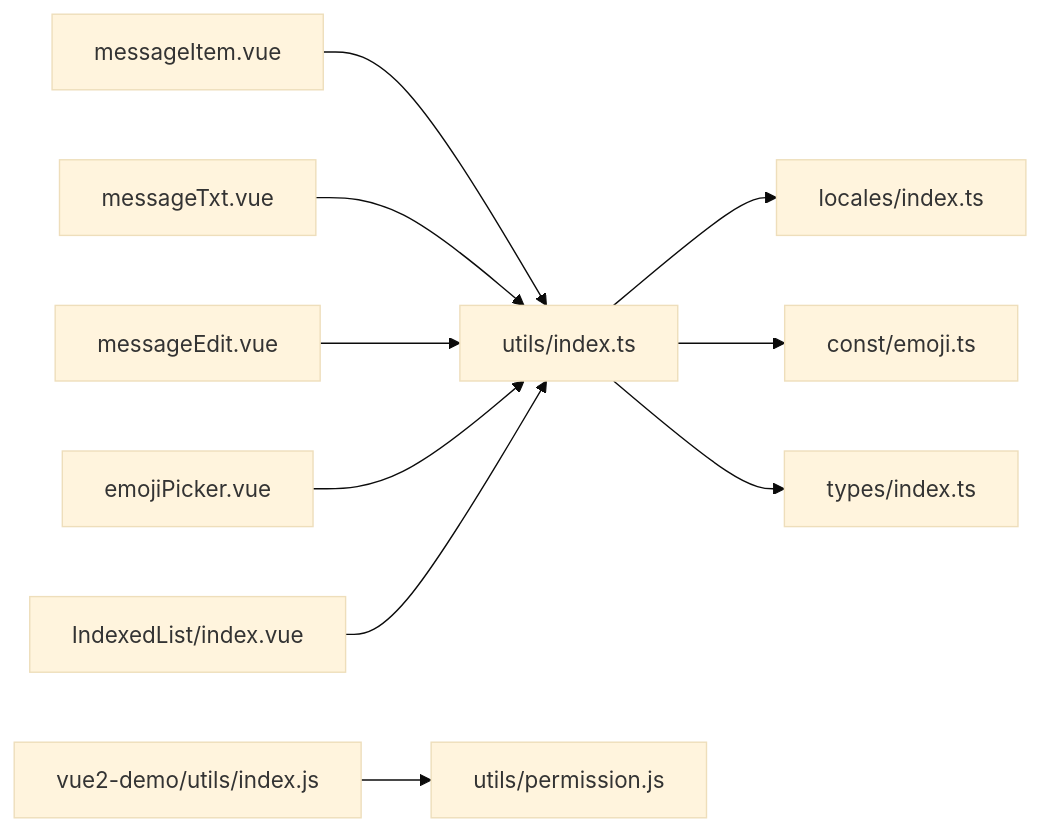
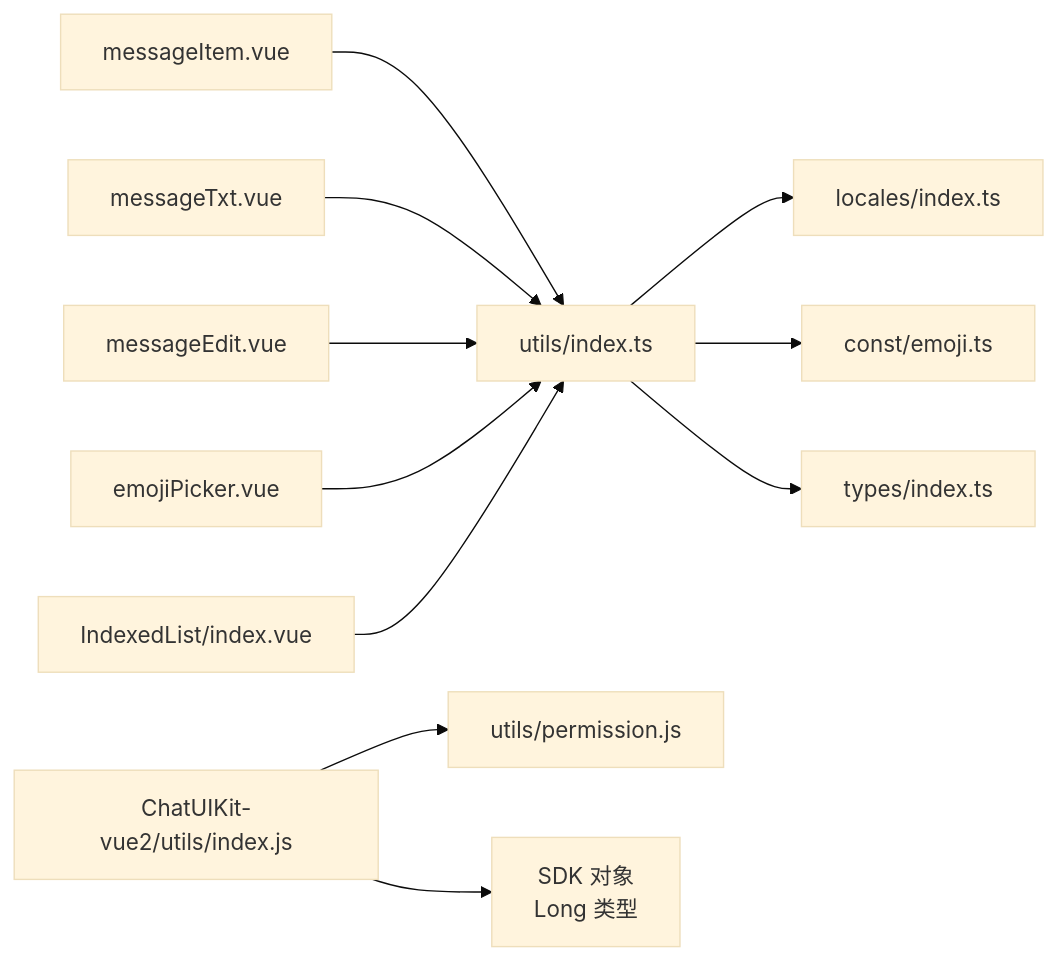
Before and after one commit to Easemob-Community/easemob-uikit-uniapp-community: diagram 11 of 11 in .qoder/repowiki/zh/content/工具函数和常量/通用工具函数.md, drawn with Mermaid (base theme). The commit also changed other lines of this file and 10 other files, not shown here.

````diff
--- a/.qoder/repowiki/zh/content/工具函数和常量/通用工具函数.md
+++ b/.qoder/repowiki/zh/content/工具函数和常量/通用工具函数.md
@@ -739,23 +822,25 @@
 ```mermaid
 graph LR
 Utils["utils/index.ts"]
-Vue2Utils["vue2-demo/utils/index.js"]
+Vue2Utils["ChatUIKit-vue2/utils/index.js"]
 Permission["utils/permission.js"]
 I18N["locales/index.ts"]
 Emoji["const/emoji.ts"]
 Types["types/index.ts"]
 Comp1["messageItem.vue"]
 Comp2["messageTxt.vue"]
 Comp3["messageEdit.vue"]
 Comp4["emojiPicker.vue"]
 Comp5["IndexedList/index.vue"]
+SDK["SDK 对象<br/>Long 类型"]
 Utils --> I18N
 Utils --> Emoji
 Utils --> Types
 Vue2Utils --> Permission
+Vue2Utils --> SDK
 Comp1 --> Utils
 Comp2 --> Utils
 Comp3 --> Utils
 Comp4 --> Utils
 Comp5 --> Utils
 ```
````
